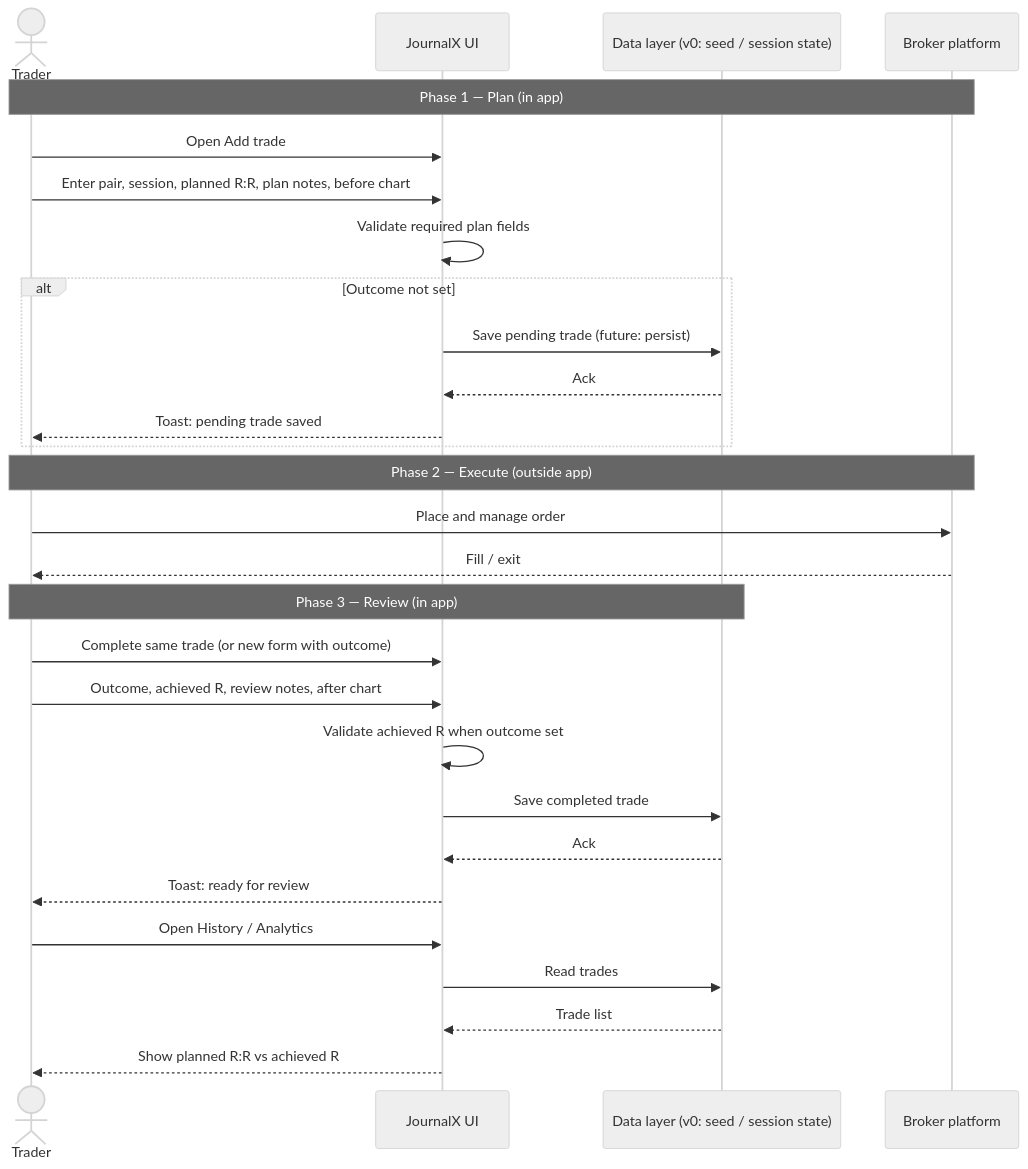
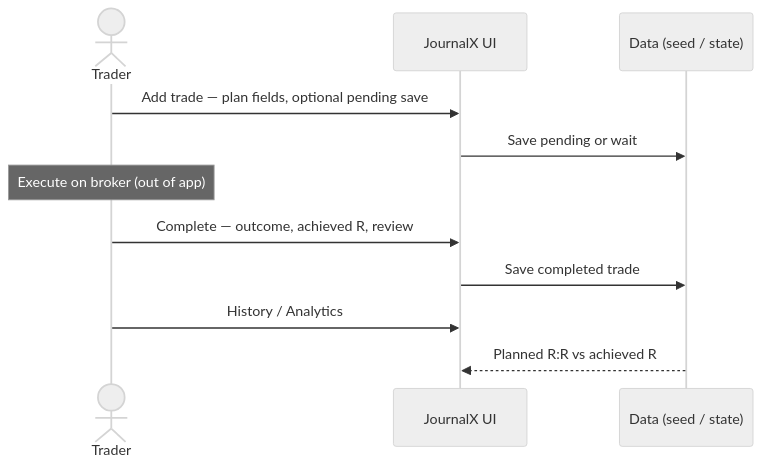
The first of 4 diagrams in docs/07-sequence-flows.md (jah-guide/journalx-dashboard), drawn with Mermaid (neutral theme) before and after one commit. The commit also changed other lines of this file, not shown here.

Commit message:
docs: shorten core sequence flow diagrams

````diff
--- a/docs/07-sequence-flows.md
+++ b/docs/07-sequence-flows.md
@@ -11,34 +17,27 @@
 ```mermaid
+
 sequenceDiagram
+
   actor Trader
+
   participant UI as JournalX UI
-  participant Store as Data layer (v0: seed / session state)
-  participant Broker as Broker platform
 
-  Note over Trader,Broker: Phase 1 — Plan (in app)
-  Trader->>UI: Open Add trade
-  Trader->>UI: Enter pair, session, planned R:R, plan notes, before chart
-  UI->>UI: Validate required plan fields
-  alt Outcome not set
-    UI->>Store: Save pending trade (future: persist)
-    Store-->>UI: Ack
-    UI-->>Trader: Toast: pending trade saved
-  end
+  participant Store as Data (seed / state)
 
-  Note over Trader,Broker: Phase 2 — Execute (outside app)
-  Trader->>Broker: Place and manage order
-  Broker-->>Trader: Fill / exit
 
-  Note over Trader,Store: Phase 3 — Review (in app)
-  Trader->>UI: Complete same trade (or new form with outcome)
-  Trader->>UI: Outcome, achieved R, review notes, after chart
-  UI->>UI: Validate achieved R when outcome set
+
+  Trader->>UI: Add trade — plan fields, optional pending save
+
+  UI->>Store: Save pending or wait
+
+  Note over Trader: Execute on broker (out of app)
+
+  Trader->>UI: Complete — outcome, achieved R, review
+
   UI->>Store: Save completed trade
-  Store-->>UI: Ack
-  UI-->>Trader: Toast: ready for review
 
-  Trader->>UI: Open History / Analytics
-  UI->>Store: Read trades
-  Store-->>UI: Trade list
-  UI-->>Trader: Show planned R:R vs achieved R
+  Trader->>UI: History / Analytics
+
+  Store-->>UI: Planned R:R vs achieved R
+
 ```
````
